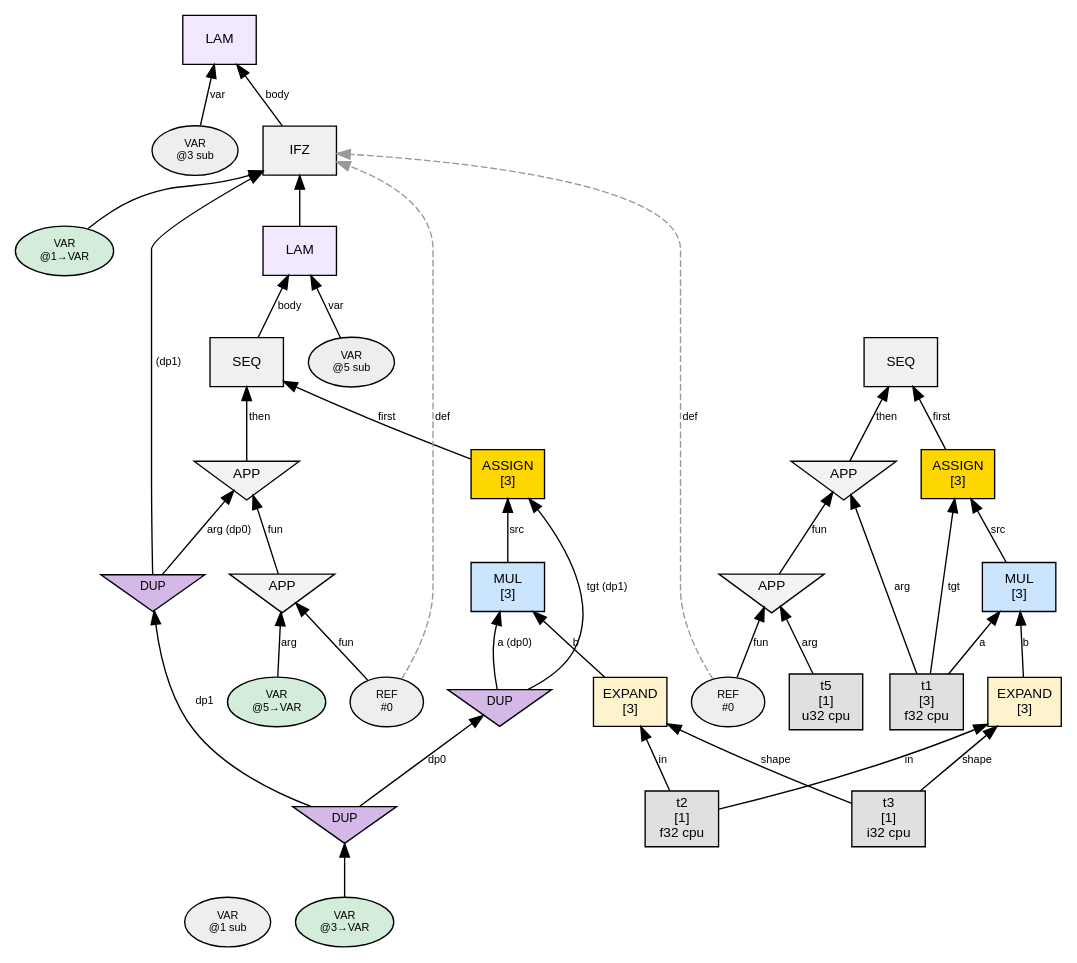
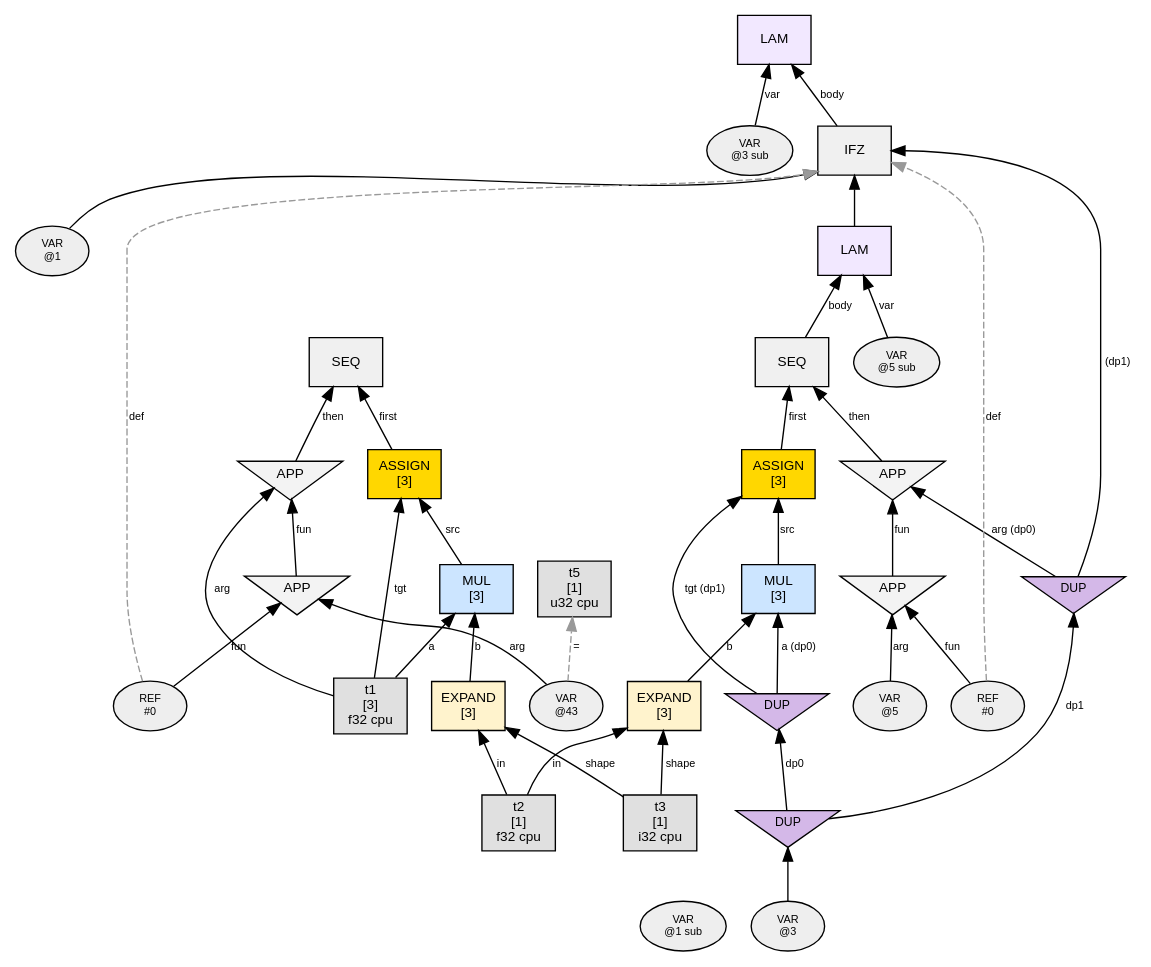
Before and after one commit to sw1sh/TinyHVM: the diagram in phase1_graphs/loop_assign_simple/n1_steps/step_012_state_final.dot, drawn with Graphviz. The commit also changed 106 other files, not shown here.

First line of the commit message:
fix: node highlighting, VAR dashed edges, REF→def targeting

```diff
--- a/phase1_graphs/loop_assign_simple/n1_steps/step_012_state_final.dot
+++ b/phase1_graphs/loop_assign_simple/n1_steps/step_012_state_final.dot
@@ -1,73 +1,75 @@
 digraph G {
   // PREV_INTERACTION: interact_era_on_TEN
   rankdir=BT;
   node [fontname="Helvetica", fontsize=10, style=filled, shape=box, margin="0.1,0.05"];
   edge [fontsize=8, fontname="Helvetica"];
 
   var1 [label="VAR\n@1 sub", shape=oval, fillcolor="#eeeeee", fontsize=8];
   n3 [label="LAM", shape=box, fillcolor="#f2e8ff"];
   var3 [label="VAR\n@3 sub", shape=oval, fillcolor="#eeeeee", fontsize=8];
   var3 -> n3 [label="var"];
   n26 -> n3 [label="body"];
   n26 [label="IFZ", shape=box, fillcolor="#f0f0f0"];
-  var26 [label="VAR\n@1→VAR", shape=oval, fillcolor="#d4edda", fontsize=8];
+  var26 [label="VAR\n@1", shape=oval, fillcolor="#eeeeee", fontsize=8];
   var26 -> n26 [label=""];
   dup9 [label="DUP", shape=invtriangle, fillcolor="#d4b8e8", fontsize=9, width=0.7, height=0.5];
   dup7 -> dup9 [label="dp1"];
   dup7 [label="DUP", shape=invtriangle, fillcolor="#d4b8e8", fontsize=9, width=0.7, height=0.5];
-  var7 [label="VAR\n@3→VAR", shape=oval, fillcolor="#d4edda", fontsize=8];
+  var7 [label="VAR\n@3", shape=oval, fillcolor="#eeeeee", fontsize=8];
   var7 -> dup7;
   dup9 -> n26 [label=" (dp1)"];
   n5 -> n26 [label=""];
   var5 [label="VAR\n@5 sub", shape=oval, fillcolor="#eeeeee", fontsize=8];
   n24 [label="SEQ", shape=box, fillcolor="#f0f0f0"];
   n18 -> n24 [label="first"];
   n22 -> n24 [label="then"];
   n10 [label="EXPAND\n[3]", shape=box, fillcolor="#fff3cd"];
   t2 [label="t2\n[1]\nf32 cpu",shape=box,fillcolor="#e0e0e0"];
   t2 -> n10 [label="in"];
   t3 [label="t3\n[1]\ni32 cpu",shape=box,fillcolor="#e0e0e0"];
   t3 -> n10 [label="shape"];
   n14 [label="MUL\n[3]", shape=box, fillcolor="#cce5ff"];
   dup8 [label="DUP", shape=invtriangle, fillcolor="#d4b8e8", fontsize=9, width=0.7, height=0.5];
   dup7 -> dup8 [label="dp0"];
   dup8 -> n14 [label="a (dp0)"];
   n10 -> n14 [label="b"];
   ref20 [label="REF\n#0", shape=oval, fillcolor="#eeeeee", fontsize=8];
   ref20 -> n26 [style=dashed, color="#999999", label="def"];
+  var21 [label="VAR\n@5", shape=oval, fillcolor="#eeeeee", fontsize=8];
   n20 [label="APP", shape=invtriangle, fillcolor="#f3f3f3"];
   ref20 -> n20 [label="fun"];
-  var21 [label="VAR\n@5→VAR", shape=oval, fillcolor="#d4edda", fontsize=8];
   var21 -> n20 [label="arg"];
   n18 [label="ASSIGN\n[3]", shape=box, fillcolor="#ffd700"];
   dup8 -> n18 [label="tgt (dp1)"];
   n14 -> n18 [label="src"];
   n22 [label="APP", shape=invtriangle, fillcolor="#f3f3f3"];
   n20 -> n22 [label="fun"];
   dup9 -> n22 [label="arg (dp0)"];
   n5 [label="LAM", shape=box, fillcolor="#f2e8ff"];
   var5 -> n5 [label="var"];
   n24 -> n5 [label="body"];
   n45 [label="SEQ", shape=box, fillcolor="#f0f0f0"];
   n47 -> n45 [label="first"];
   n54 -> n45 [label="then"];
   n47 [label="ASSIGN\n[3]", shape=box, fillcolor="#ffd700"];
   t1 [label="t1\n[3]\nf32 cpu",shape=box,fillcolor="#e0e0e0"];
   t1 -> n47 [label="tgt"];
   n50 -> n47 [label="src"];
   n54 [label="APP", shape=invtriangle, fillcolor="#f3f3f3"];
   n56 -> n54 [label="fun"];
   t1 -> n54 [label="arg"];
   n50 [label="MUL\n[3]", shape=box, fillcolor="#cce5ff"];
   t1 -> n50 [label="a"];
   n52 -> n50 [label="b"];
   n52 [label="EXPAND\n[3]", shape=box, fillcolor="#fff3cd"];
   t2 -> n52 [label="in"];
   t3 -> n52 [label="shape"];
   n56 [label="APP", shape=invtriangle, fillcolor="#f3f3f3"];
   ref56 [label="REF\n#0", shape=oval, fillcolor="#eeeeee", fontsize=8];
   ref56 -> n56 [label="fun"];
+  var57 [label="VAR\n@43", shape=oval, fillcolor="#eeeeee", fontsize=8];
+  var57 -> n56 [label="arg"];
+  ref56 -> n26 [style=dashed, color="#999999", label="def"];
   t5 [label="t5\n[1]\nu32 cpu",shape=box,fillcolor="#e0e0e0"];
-  t5 -> n56 [label="arg"];
-  ref56 -> n26 [style=dashed, color="#999999", label="def"];
+  var57 -> t5 [style=dashed, color="#999999", label="="];
 }
```
